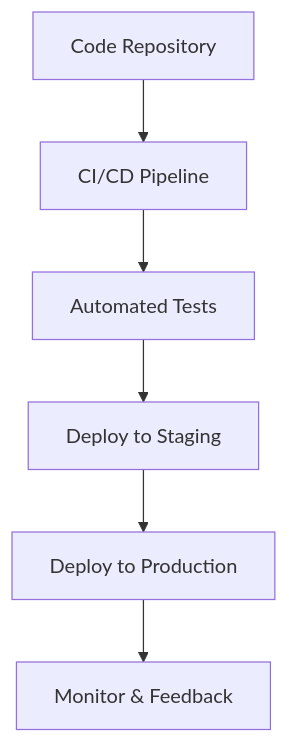
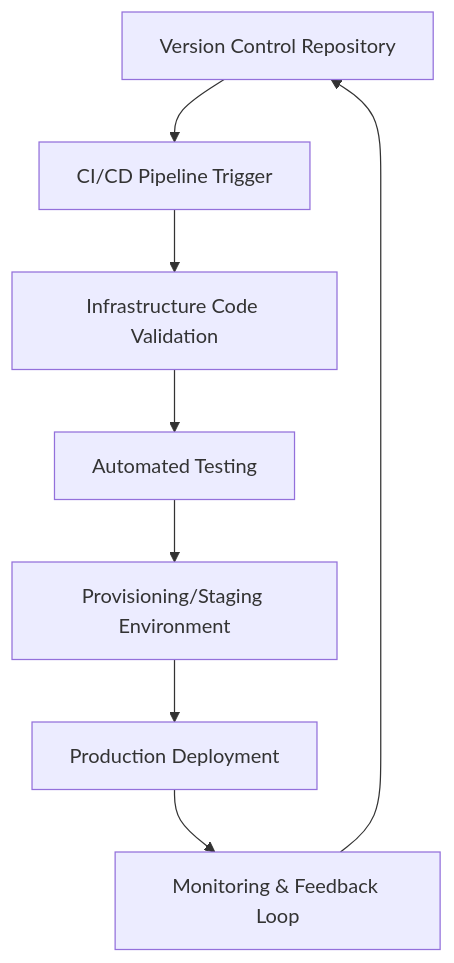
Before and after one commit to VrushankPatel/interview-matters: the diagram in devops-infrastructure-as-code/README.md, drawn with Mermaid. The commit also changed other lines of this file and 5 other files, not shown here.

Commit message:
kb: add/update topics Monitoring and Logging, Async logging, DevOps & Infrastructure as Code, Proxy forward and reverse, Load balancing and strategies

````diff
--- a/devops-infrastructure-as-code/README.md
+++ b/devops-infrastructure-as-code/README.md
@@ -31,8 +36,10 @@
 ```mermaid
 graph TD
-    A[Code Repository] --> B[CI/CD Pipeline]
-    B --> C[Automated Tests]
-    C --> D[Deploy to Staging]
-    D --> E[Deploy to Production]
-    E --> F[Monitor & Feedback]
+    A[Version Control Repository] --> B[CI/CD Pipeline Trigger]
+    B --> C[Infrastructure Code Validation]
+    C --> D[Automated Testing]
+    D --> E[Provisioning/Staging Environment]
+    E --> F[Production Deployment]
+    F --> G[Monitoring & Feedback Loop]
+    G --> A
 ```
````
